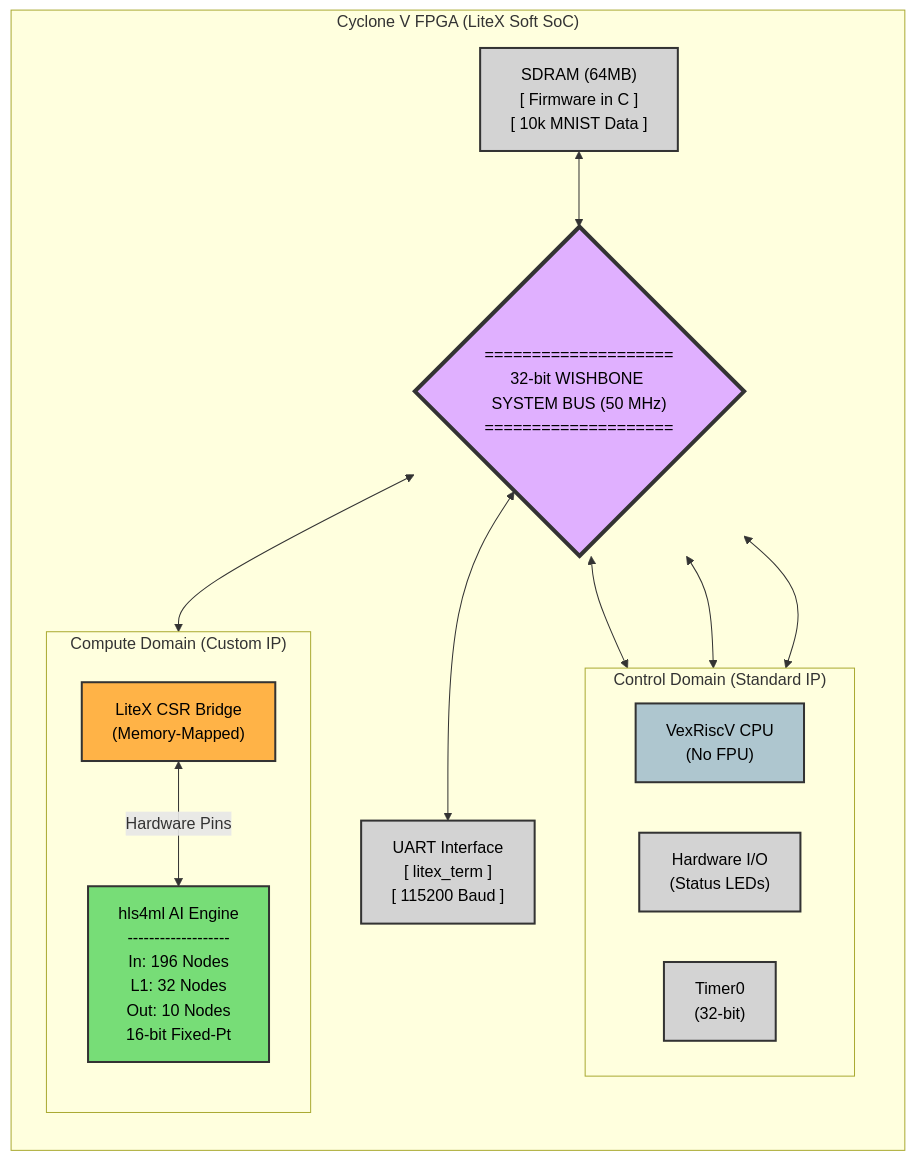
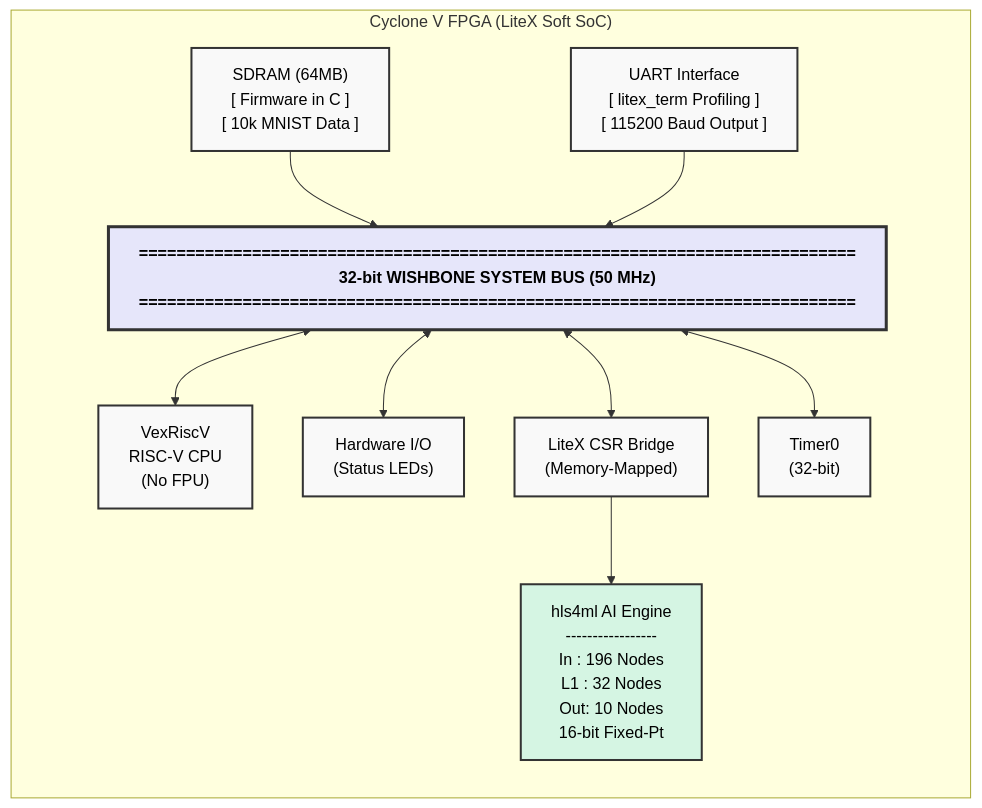
Before and after one commit to Boostedx/VexRiscV-AI_Accelerator: the diagram in README.md, drawn with Mermaid. The commit also changed other lines of this file, not shown here.

Commit message:
Added the performance metrics, and updated the block diagram

````diff
--- a/README.md
+++ b/README.md
@@ -21,45 +30,41 @@
 ```mermaid
 flowchart TD
-    classDef bus fill:#e0b0ff,stroke:#333,stroke-width:4px,color:#000
-    classDef cpu fill:#aec6cf,stroke:#333,stroke-width:2px,color:#000
-    classDef mem fill:#d3d3d3,stroke:#333,stroke-width:2px,color:#000
-    classDef custom fill:#77dd77,stroke:#333,stroke-width:2px,color:#000
-    classDef bridge fill:#ffb347,stroke:#333,stroke-width:2px,color:#000
+    subgraph SoC ["Cyclone V FPGA (LiteX Soft SoC)"]
+        direction TD
+        
+        %% Row 1: Memory and I/O
+        SDRAM["SDRAM (64MB)<br/>[ Firmware in C ]<br/>[ 10k MNIST Data ]"]
+        UART["UART Interface<br/>[ litex_term Profiling ]<br/>[ 115200 Baud Output ]"]
+        
+        %% Row 2: The Main System Bus
+        WB["============================================================================<br/>32-bit WISHBONE SYSTEM BUS (50 MHz)<br/>============================================================================"]
+        
+        %% Row 3: Control & Bridge Components
+        CPU["VexRiscV<br/>RISC-V CPU<br/>(No FPU)"]
+        IO["Hardware I/O<br/>(Status LEDs)"]
+        CSR["LiteX CSR Bridge<br/>(Memory-Mapped)"]
+        TIMER["Timer0<br/>(32-bit)"]
+        
+        %% Row 4: Custom Hardware Accelerator
+        HLS["hls4ml AI Engine<br/>-----------------<br/>In : 196 Nodes<br/>L1 :  32 Nodes<br/>Out:  10 Nodes<br/>16-bit Fixed-Pt"]
+        
+        %% Layout Connections
+        SDRAM --> WB
+        UART --> WB
+        
+        WB <--> CPU
+        WB <--> IO
+        WB <--> CSR
+        WB <--> TIMER
+        
+        CSR --> HLS
+    end
 
-    subgraph FPGA["Cyclone V FPGA (LiteX Soft SoC)"]
-        direction TB
-
-        %% Peripherals & Memory
-        SDRAM["SDRAM (64MB)<br/>[ Firmware in C ]<br/>[ 10k MNIST Data ]"]:::mem
-        UART["UART Interface<br/>[ litex_term ]<br/>[ 115200 Baud ]"]:::mem
-
-        %% The System Bus
-        Wishbone{"====================<br/>32-bit WISHBONE SYSTEM BUS (50 MHz)<br/>===================="}:::bus
-
-        SDRAM <--> Wishbone
-        Wishbone <--> UART
-
-        %% Control Domain
-        subgraph Control["Control Domain (Standard IP)"]
-            direction LR
-            CPU["VexRiscV CPU<br/>(No FPU)"]:::cpu
-            LED["Hardware I/O<br/>(Status LEDs)"]:::mem
-            Timer["Timer0<br/>(32-bit)"]:::mem
-        end
-
-        Wishbone <--> CPU
-        Wishbone <--> LED
-        Wishbone <--> Timer
-
-        %% Compute Domain
-        subgraph Compute["Compute Domain (Custom IP)"]
-            direction TB
-            CSR["LiteX CSR Bridge<br/>(Memory-Mapped)"]:::bridge
-            HLS["hls4ml AI Engine<br/>-------------------<br/>In: 196 Nodes<br/>L1: 32 Nodes<br/>Out: 10 Nodes<br/>16-bit Fixed-Pt"]:::custom
-            
-            CSR <-->|Hardware Pins| HLS
-        end
-
-        Wishbone <--> CSR
-    end
+    %% Styling to keep it looking like a clean architectural diagram
+    classDef default fill:#f9f9f9,stroke:#333,stroke-width:2px,color:#000;
+    classDef bus fill:#e6e6fa,stroke:#333,stroke-width:3px,color:#000,font-weight:bold;
+    classDef custom fill:#d5f5e3,stroke:#333,stroke-width:2px,color:#000;
+    
+    class WB bus;
+    class HLS custom;
 ```
````
